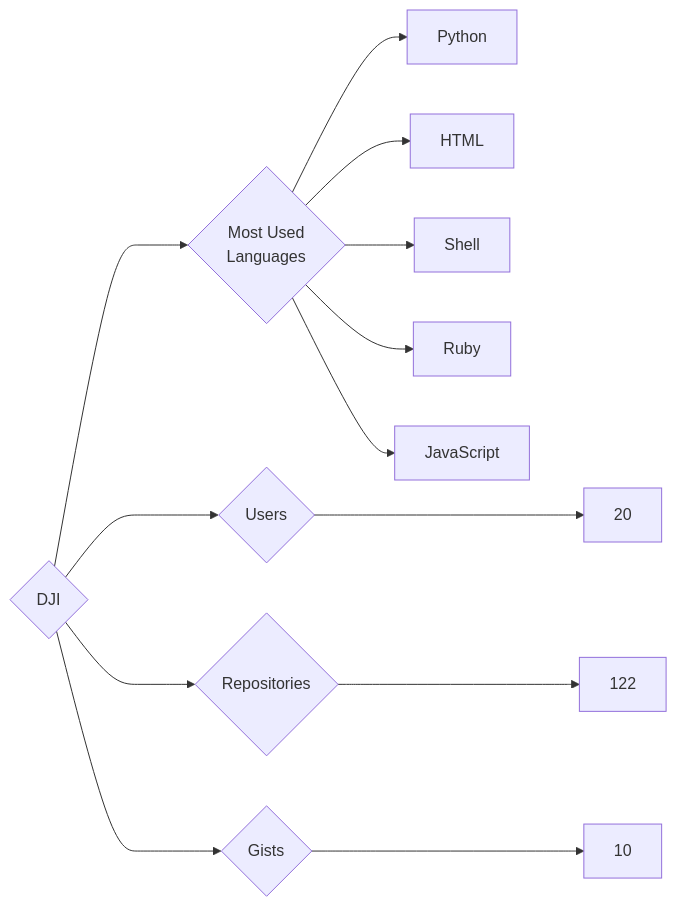
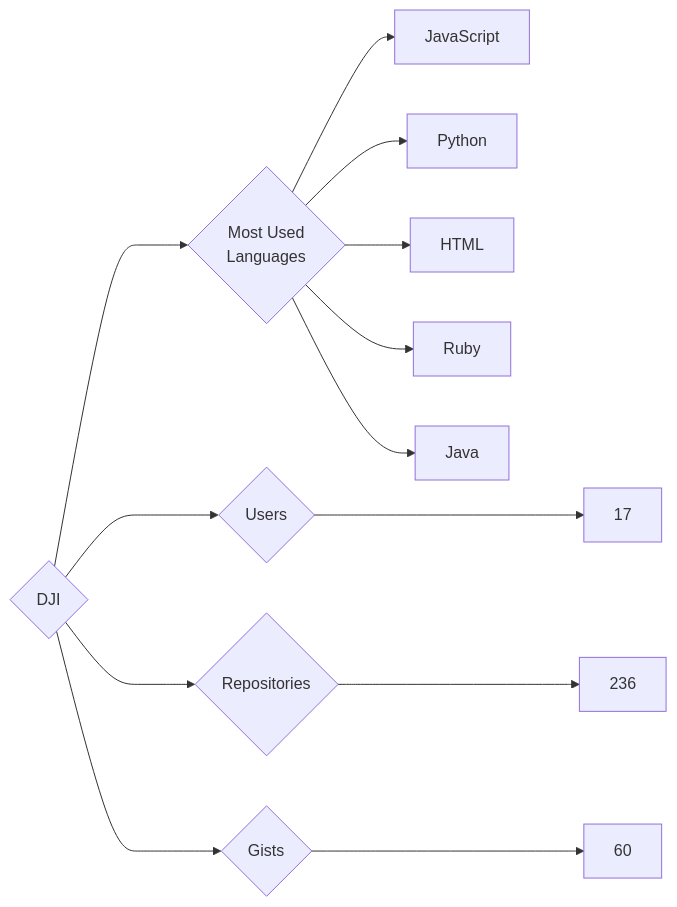
One commit to trickest/insiders changed the diagram in targets/DJI/README.md. Above: the diagram before and after it, drawn with Mermaid. The commit also changed 912 other files, not shown here.

````diff
--- a/targets/DJI/README.md
+++ b/targets/DJI/README.md
@@ -3,13 +3,13 @@
 ```mermaid
 graph LR
 COMPANY_NAME{DJI}
-COMPANY_NAME ---> U{Users} ---> UN[20]
-COMPANY_NAME ---> R{Repositories} ---> RN[122]
-COMPANY_NAME ---> G{Gists} ---> GN[10]
+COMPANY_NAME ---> U{Users} ---> UN[17]
+COMPANY_NAME ---> R{Repositories} ---> RN[236]
+COMPANY_NAME ---> G{Gists} ---> GN[60]
 COMPANY_NAME ---> ML{Most Used<br>Languages}
+ML --> JavaScript[JavaScript]
 ML --> Python[Python]
 ML --> HTML[HTML]
-ML --> Shell[Shell]
 ML --> Ruby[Ruby]
-ML --> JavaScript[JavaScript]
+ML --> Java[Java]
 ```
````
